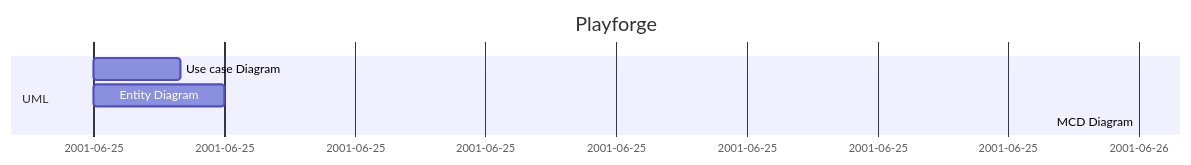
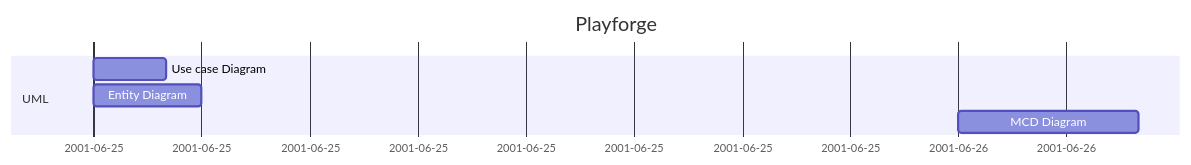
The first of 3 diagrams in README.md (JameS-Gmz/api-Rest), drawn with Mermaid before and after one commit.

````diff
--- a/README.md
+++ b/README.md
@@ -45,9 +45,9 @@
 ```mermaid
 gantt
     title Playforge
     dateFormat MM-DD-HH-MM
     section UML
         Use case Diagram    :  06-25,2h
-        Entity Diagram    : 06-25, 3h
-        MCD Diagram    : 06-26, 5h16m
+        Entity Diagram    : after, 06-25, 3h
+        MCD Diagram    : 06-26, 5h
 ```
````
